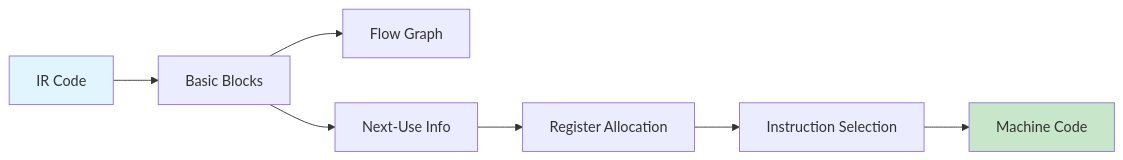
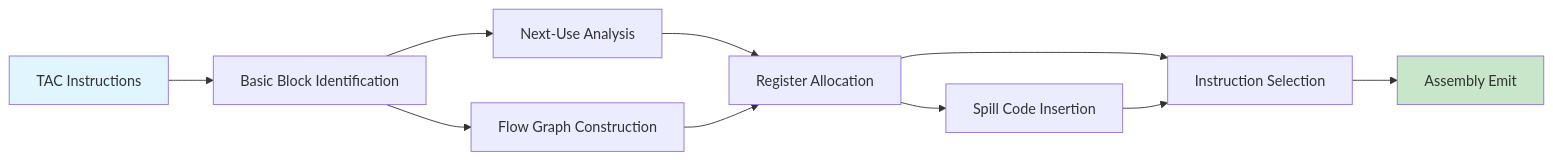
The diagram in docs/courses/compiler-design/09-code-gen.md (Raushan666java/ai-engineering-journey), drawn with Mermaid before and after one commit. The commit also changed other lines of this file and 41 other files, not shown here.

````diff
--- a/docs/courses/compiler-design/09-code-gen.md
+++ b/docs/courses/compiler-design/09-code-gen.md
@@ -19,11 +23,14 @@
 ```mermaid
 flowchart LR
-    A[IR Code] --> B[Basic Blocks]
-    B --> C[Flow Graph]
-    B --> D[Next-Use Info]
+    A[TAC Instructions] --> B[Basic Block Identification]
+    B --> C[Flow Graph Construction]
+    B --> D[Next-Use Analysis]
     D --> E[Register Allocation]
-    E --> F[Instruction Selection]
-    F --> G[Machine Code]
+    C --> E
+    E --> F[Spill Code Insertion]
+    E --> G[Instruction Selection]
+    F --> G
+    G --> H[Assembly Emit]
     style A fill:#e1f5fe
-    style G fill:#c8e6c9
+    style H fill:#c8e6c9
 ```
````
